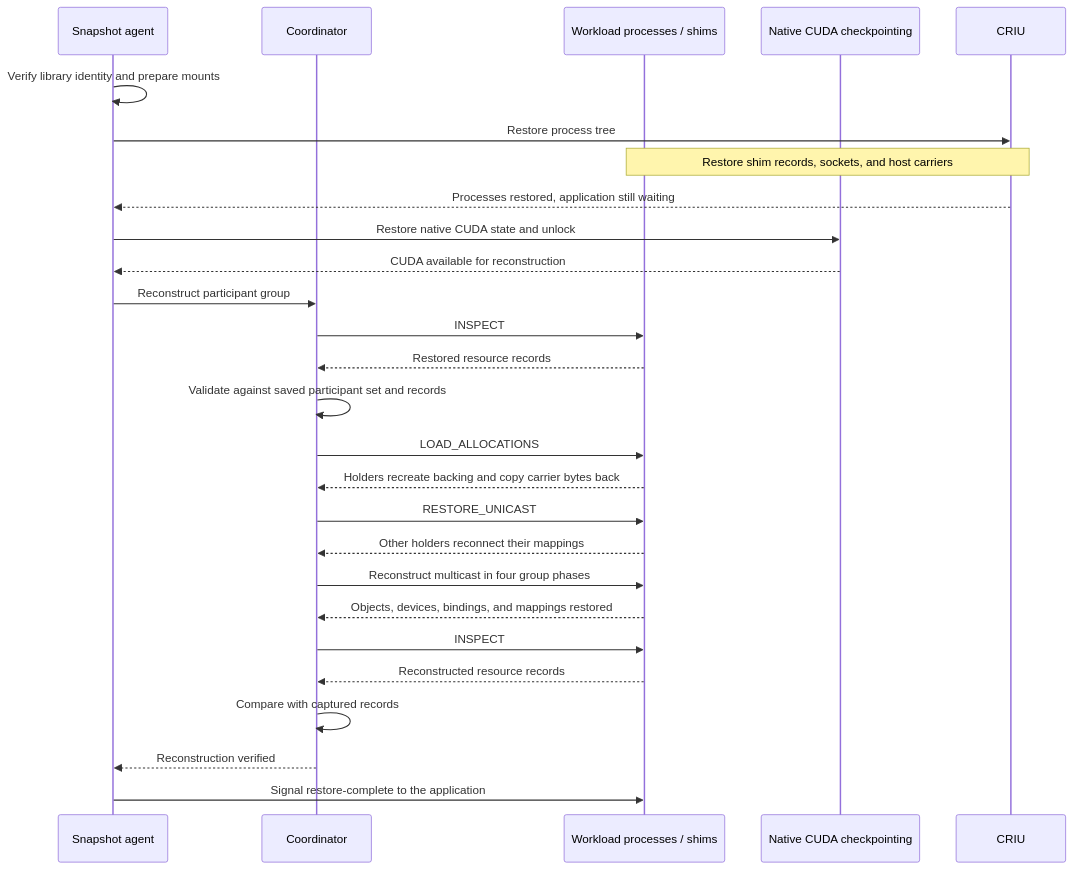
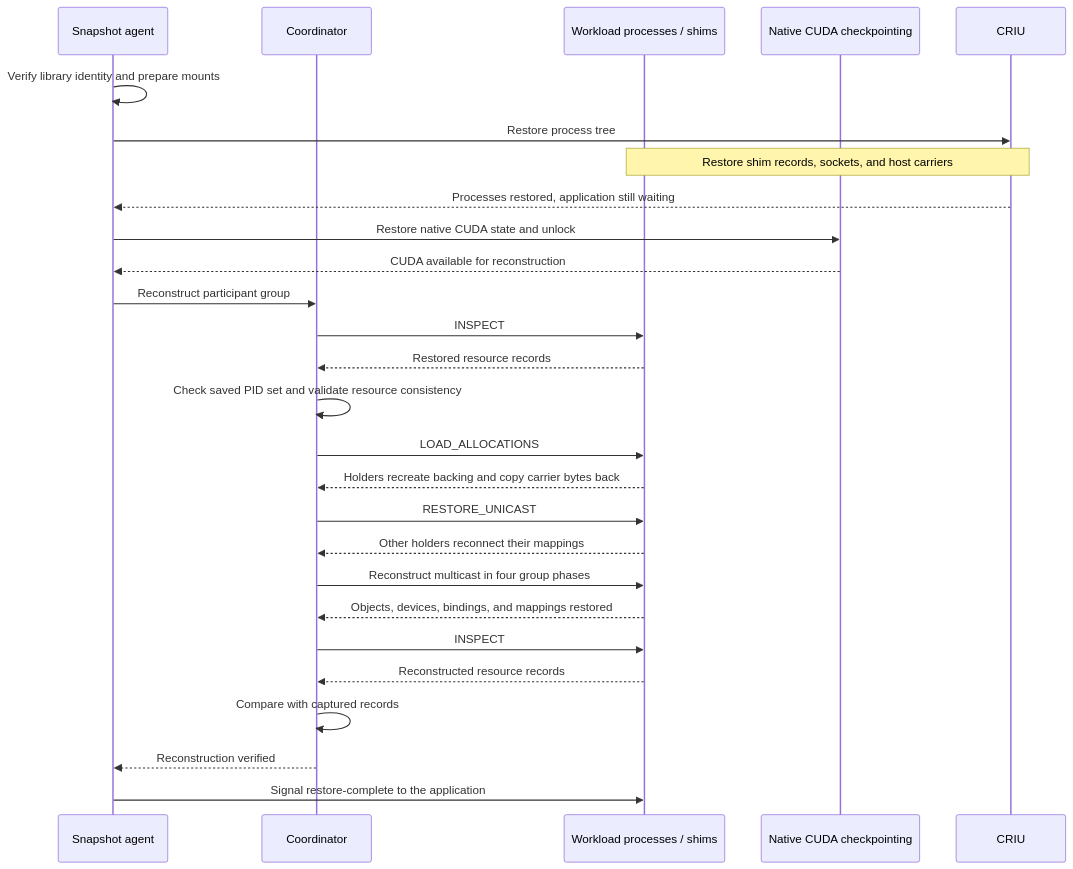
The tenth of 10 diagrams in docs/proposals/295-cuinterpose/README.md (sheetal104/snapshot), drawn with Mermaid before and after one commit. The commit also changed other lines of this file, not shown here.

Commit message:
docs(cuinterpose): reconcile carrier coverage and restore flow with code

````diff
--- a/docs/proposals/295-cuinterpose/README.md
+++ b/docs/proposals/295-cuinterpose/README.md
@@ -658,29 +663,29 @@
 ```mermaid
 sequenceDiagram
     participant A as Snapshot agent
     participant C as Coordinator
     participant S as Workload processes / shims
     participant N as Native CUDA checkpointing
     participant R as CRIU
     A->>A: Verify library identity and prepare mounts
     A->>R: Restore process tree
     Note over S,R: Restore shim records, sockets, and host carriers
     R-->>A: Processes restored, application still waiting
     A->>N: Restore native CUDA state and unlock
     N-->>A: CUDA available for reconstruction
     A->>C: Reconstruct participant group
     C->>S: INSPECT
     S-->>C: Restored resource records
-    C->>C: Validate against saved participant set and records
+    C->>C: Check saved PID set and validate resource consistency
     C->>S: LOAD_ALLOCATIONS
     S-->>C: Holders recreate backing and copy carrier bytes back
     C->>S: RESTORE_UNICAST
     S-->>C: Other holders reconnect their mappings
     C->>S: Reconstruct multicast in four group phases
     S-->>C: Objects, devices, bindings, and mappings restored
     C->>S: INSPECT
     S-->>C: Reconstructed resource records
     C->>C: Compare with captured records
     C-->>A: Reconstruction verified
     A->>S: Signal restore-complete to the application
 ```
````
